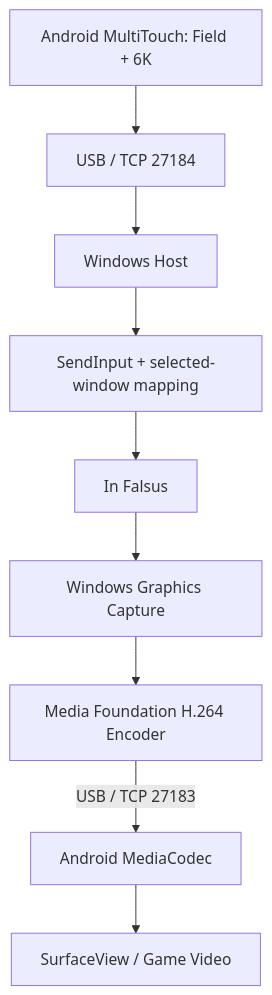
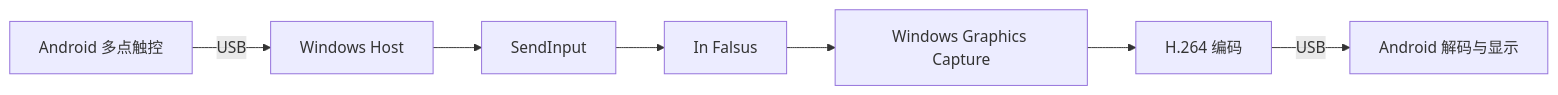
One commit to Cedarflake/InFalsusTouch changed the diagram in README.md. Above: the diagram before and after it, drawn with Mermaid. The commit also changed other lines of this file and 1 other file, not shown here.

````diff
--- a/README.md
+++ b/README.md
@@ -185,11 +46,9 @@
 ```mermaid
-flowchart TD
-  Game[In Falsus] --> WGC[Windows Graphics Capture]
-  WGC --> H264[Media Foundation H.264 Encoder]
-  H264 -- USB / TCP 27183 --> Codec[Android MediaCodec]
-  Codec --> Video[SurfaceView / Game Video]
-  Touch[Android MultiTouch: Field + 6K] --> Input[USB / TCP 27184]
-  Input --> Host[Windows Host]
-  Host --> SendInput[SendInput + selected-window mapping]
-  SendInput --> Game
+flowchart LR
+  Game[In Falsus] --> Capture[Windows Graphics Capture]
+  Capture --> Encoder[H.264 编码]
+  Encoder -- USB --> Screen[Android 解码与显示]
+  Touch[Android 多点触控] -- USB --> Host[Windows Host]
+  Host --> Input[SendInput]
+  Input --> Game
 ```
````
